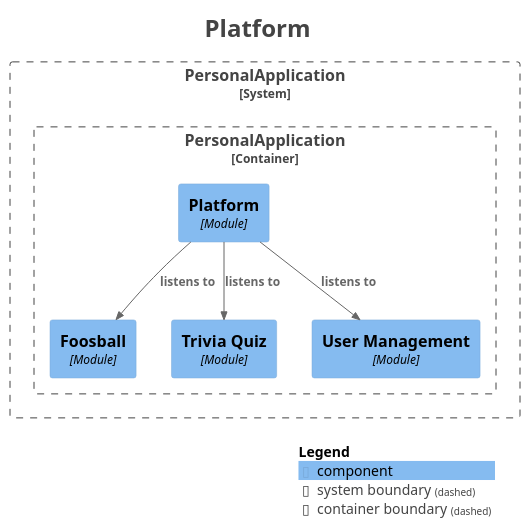
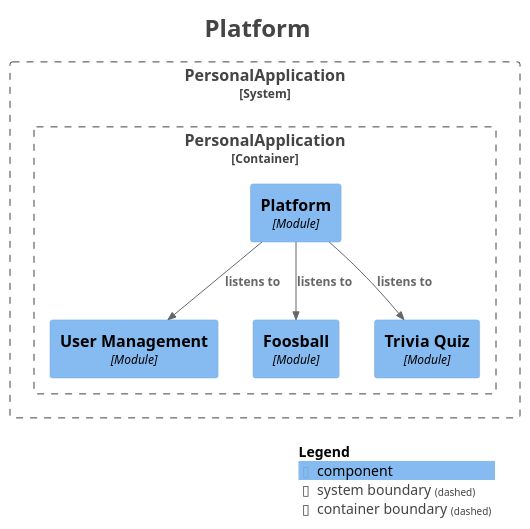
The diagram in docs/modulith/module-platform.puml (SnapPetal/PersonalWeb), drawn with PlantUML before and after one commit. The commit also changed other lines of this file and 45 other files, not shown here.

```diff
--- a/docs/modulith/module-platform.puml
+++ b/docs/modulith/module-platform.puml
@@ -1,34 +1,34 @@
 @startuml
 title <size:24>Platform</size>
 
 set separator none
 top to bottom direction
 
 <style>
   root {
     BackgroundColor: #ffffff
     FontColor: #444444
   }
 </style>
 
 !include <C4/C4>
 !include <C4/C4_Context>
 !include <C4/C4_Component>
 
 System_Boundary("PersonalApplication_boundary", "PersonalApplication", $tags="") {
   Container_Boundary("PersonalApplication.PersonalApplication_boundary", "PersonalApplication", $tags="") {
+    Component(PersonalApplication.PersonalApplication.UserManagement, "User Management", $techn="Module", $descr="", $tags="", $link="")
     Component(PersonalApplication.PersonalApplication.Platform, "Platform", $techn="Module", $descr="", $tags="", $link="")
     Component(PersonalApplication.PersonalApplication.Foosball, "Foosball", $techn="Module", $descr="", $tags="", $link="")
     Component(PersonalApplication.PersonalApplication.TriviaQuiz, "Trivia Quiz", $techn="Module", $descr="", $tags="", $link="")
-    Component(PersonalApplication.PersonalApplication.UserManagement, "User Management", $techn="Module", $descr="", $tags="", $link="")
   }
 
 }
 
+Rel(PersonalApplication.PersonalApplication.Platform, PersonalApplication.PersonalApplication.Foosball, "listens to", $techn="", $tags="", $link="")
 Rel(PersonalApplication.PersonalApplication.Platform, PersonalApplication.PersonalApplication.UserManagement, "listens to", $techn="", $tags="", $link="")
 Rel(PersonalApplication.PersonalApplication.Platform, PersonalApplication.PersonalApplication.TriviaQuiz, "listens to", $techn="", $tags="", $link="")
-Rel(PersonalApplication.PersonalApplication.Platform, PersonalApplication.PersonalApplication.Foosball, "listens to", $techn="", $tags="", $link="")
 
 SHOW_LEGEND(true)
 hide stereotypes
 @enduml
```
